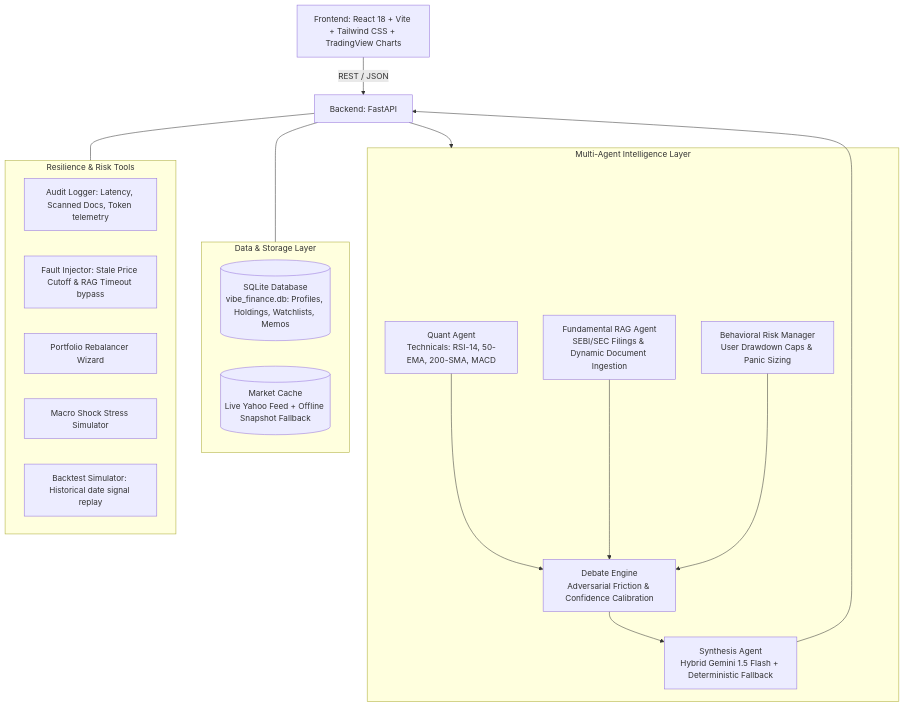
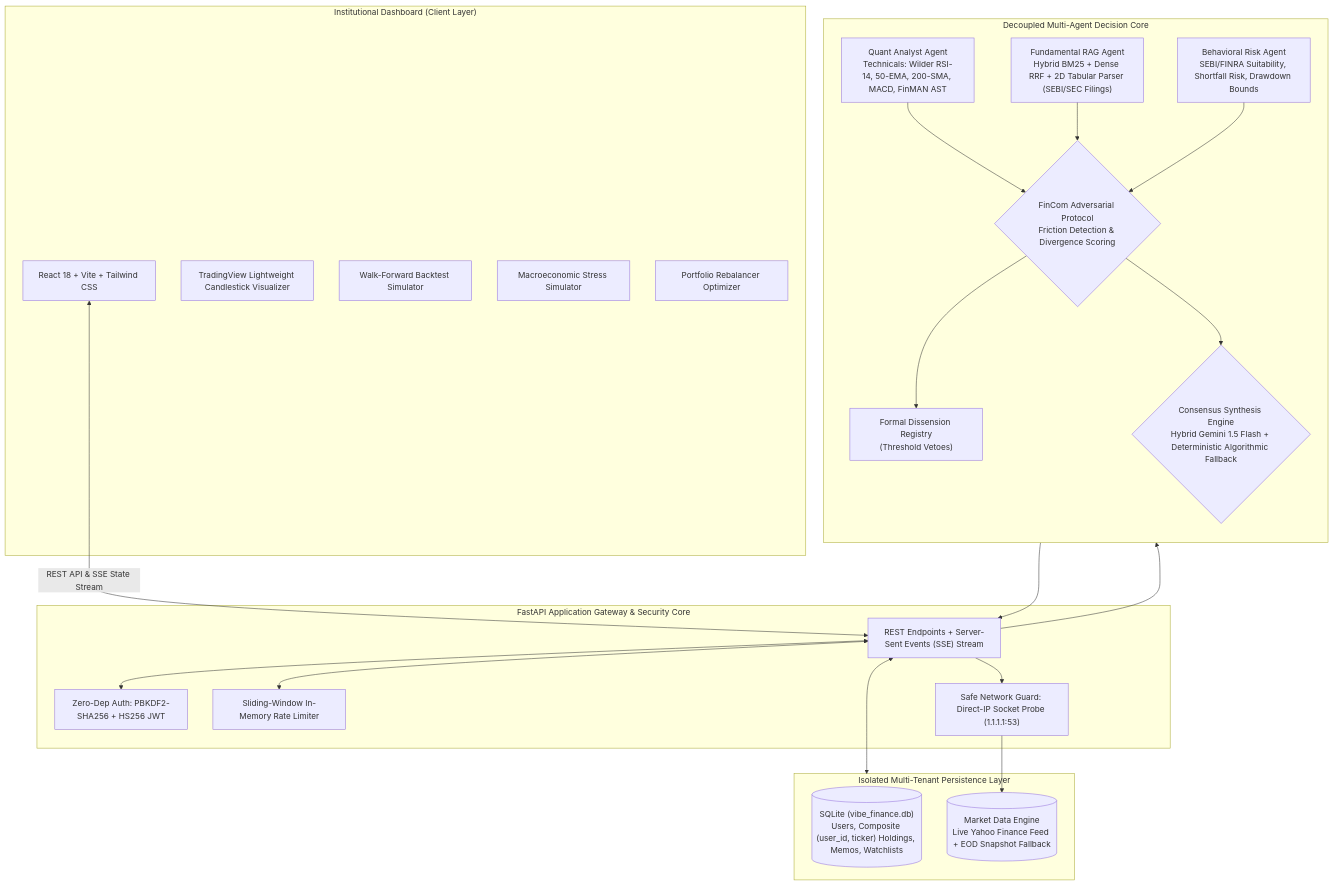
The diagram in README.md (Khare69/Vibe-Finance), drawn with Mermaid before and after one commit. The commit also changed other lines of this file and 8 other files, not shown here.

````diff
--- a/README.md
+++ b/README.md
@@ -9,34 +32,50 @@
 ```mermaid
 flowchart TD
-    UI[Frontend: React 18 + Vite + Tailwind CSS + TradingView Charts] -->|REST / JSON| API[Backend: FastAPI]
-    
-    subgraph MultiAgentEngine[Multi-Agent Intelligence Layer]
-        QA[Quant Agent\nTechnicals: RSI-14, 50-EMA, 200-SMA, MACD]
-        FA[Fundamental RAG Agent\nSEBI/SEC Filings & Dynamic Document Ingestion]
-        BM[Behavioral Risk Manager\nUser Drawdown Caps & Panic Sizing]
-        DEB[Debate Engine\nAdversarial Friction & Confidence Calibration]
-        SYN[Synthesis Agent\nHybrid Gemini 1.5 Flash + Deterministic Fallback]
+    subgraph ClientLayer["Institutional Dashboard (Client Layer)"]
+        UI["React 18 + Vite + Tailwind CSS"]
+        TVC["TradingView Lightweight Candlestick Visualizer"]
+        BKT["Walk-Forward Backtest Simulator"]
+        MST["Macroeconomic Stress Simulator"]
+        REB["Portfolio Rebalancer Optimizer"]
     end
 
-    API --> MultiAgentEngine
-    QA --> DEB
-    FA --> DEB
-    BM --> DEB
-    DEB --> SYN
-    SYN --> API
+    subgraph APILayer["FastAPI Application Gateway & Security Core"]
+        AUTH["Zero-Dep Auth: PBKDF2-SHA256 + HS256 JWT"]
+        RATELIM["Sliding-Window In-Memory Rate Limiter"]
+        NETGUARD["Safe Network Guard: Direct-IP Socket Probe (1.1.1.1:53)"]
+        ROUTER["REST Endpoints + Server-Sent Events (SSE) Stream"]
+    end
 
-    subgraph DataPersistence[Data & Storage Layer]
-        SQLITE[(SQLite Database\nvibe_finance.db: Profiles, Holdings, Watchlists, Memos)]
-        CACHE[(Market Cache\nLive Yahoo Feed + Offline Snapshot Fallback)]
+    subgraph MultiAgentEngine["Decoupled Multi-Agent Decision Core"]
+        direction TB
+        QA["Quant Analyst Agent\nTechnicals: Wilder RSI-14, 50-EMA, 200-SMA, MACD, FinMAN AST"]
+        FA["Fundamental RAG Agent\nHybrid BM25 + Dense RRF + 2D Tabular Parser (SEBI/SEC Filings)"]
+        BM["Behavioral Risk Agent\nSEBI/FINRA Suitability, Shortfall Risk, Drawdown Bounds"]
+        
+        FINCOM{"FinCom Adversarial Protocol\nFriction Detection & Divergence Scoring"}
+        DISSENT["Formal Dissension Registry\n(Threshold Vetoes)"]
+        
+        SYNTH{"Consensus Synthesis Engine\nHybrid Gemini 1.5 Flash + Deterministic Algorithmic Fallback"}
     end
-    API --- DataPersistence
 
-    subgraph Observability[Resilience & Risk Tools]
-        TEL[Audit Logger: Latency, Scanned Docs, Token telemetry]
-        FLT[Fault Injector: Stale Price Cutoff & RAG Timeout bypass]
-        REB[Portfolio Rebalancer Wizard]
-        STR[Macro Shock Stress Simulator]
-        BKT[Backtest Simulator: Historical date signal replay]
+    subgraph DataPersistence["Isolated Multi-Tenant Persistence Layer"]
+        SQLITE[("SQLite (vibe_finance.db)\nUsers, Composite (user_id, ticker) Holdings, Memos, Watchlists")]
+        MARKETCACHE[("Market Data Engine\nLive Yahoo Finance Feed + EOD Snapshot Fallback")]
     end
-    API --- Observability
+
+    UI <-->|REST API & SSE State Stream| ROUTER
+    ROUTER <--> AUTH
+    ROUTER <--> RATELIM
+    ROUTER --> NETGUARD
+    NETGUARD --> MARKETCACHE
+    ROUTER --> MultiAgentEngine
+
+    QA --> FINCOM
+    FA --> FINCOM
+    BM --> FINCOM
+    FINCOM --> DISSENT
+    FINCOM --> SYNTH
+    SYNTH --> ROUTER
+
+    ROUTER <--> DataPersistence
 ```
````
